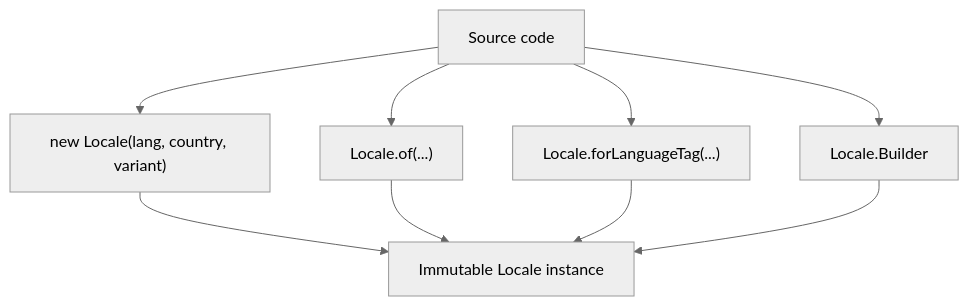
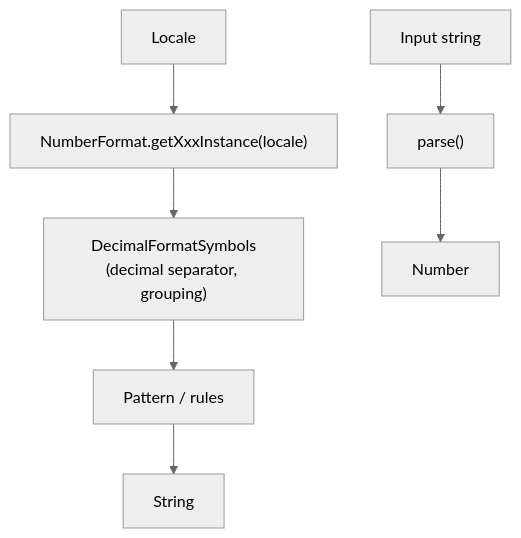
The fifth of 10 diagrams in docs/concepts/internationalization/internationalization.md (chaitussm/Java-Project), drawn with Mermaid (neutral theme) before and after one commit. The commit also changed other lines of this file and 4 other files, not shown here.

Commit message:
feat(i18n): NumberFormat/DateFormat demos, unified guide under advanced package

````diff
--- a/docs/concepts/internationalization/internationalization.md
+++ b/docs/concepts/internationalization/internationalization.md
@@ -279,12 +243,9 @@
 ```mermaid
 flowchart TD
-  SRC["Source code"]
-  SRC --> LEG["new Locale(lang, country, variant)"]
-  SRC --> OF["Locale.of(...)"]
-  SRC --> TAG["Locale.forLanguageTag(...)"]
-  SRC --> BLDR["Locale.Builder"]
-  LEG --> VAL["Immutable Locale instance"]
-  OF --> VAL
-  TAG --> VAL
-  BLDR --> VAL
+  L["Locale"] --> NF["NumberFormat.getXxxInstance(locale)"]
+  NF --> SYM["DecimalFormatSymbols\n(decimal separator, grouping)"]
+  SYM --> PAT["Pattern / rules"]
+  PAT --> OUT["String"]
+  IN["Input string"] --> PARSE["parse()"]
+  PARSE --> NUM["Number"]
 ```
````
